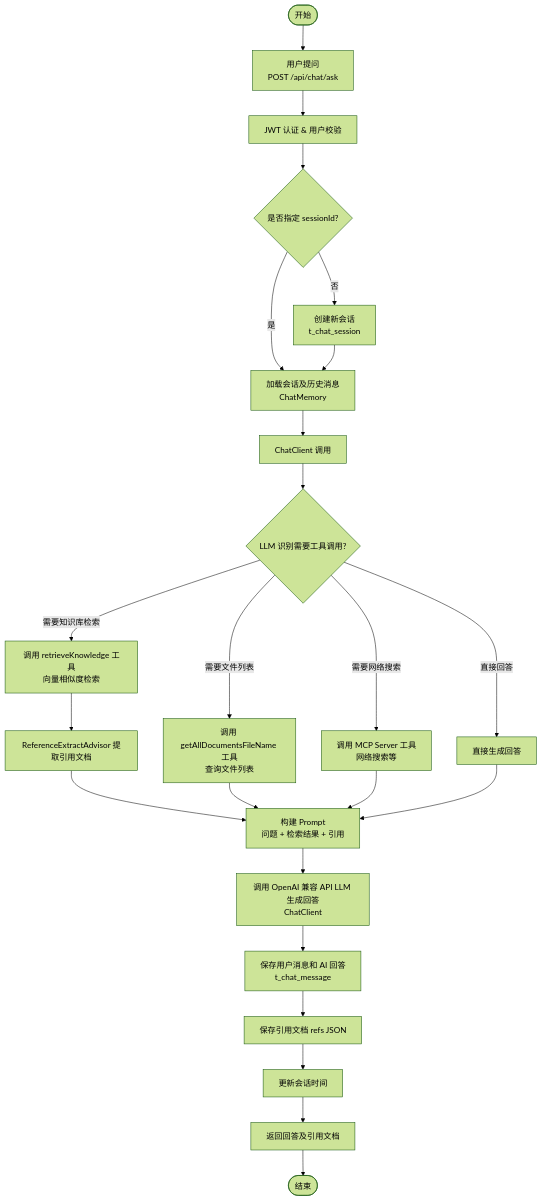
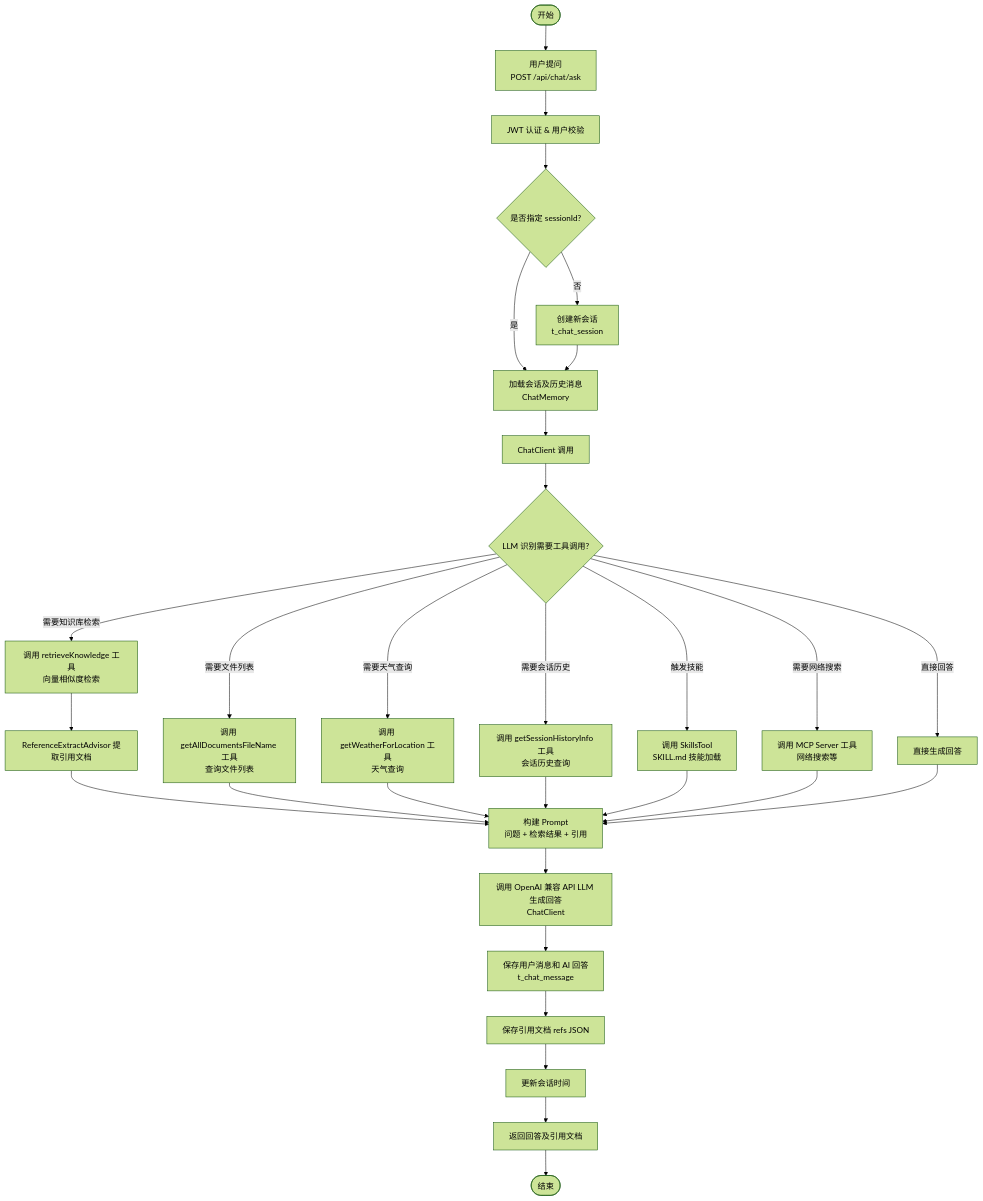
The fourth of 6 diagrams in md/architecture.md (Utomcat/spring-ai-rag-agent), drawn with Mermaid (forest theme) before and after one commit. The commit also changed other lines of this file and 10 other files, not shown here.

````diff
--- a/md/architecture.md
+++ b/md/architecture.md
@@ -286,26 +296,32 @@
 ```mermaid
 flowchart TD
     Start([开始]) --> Ask[用户提问<br/>POST /api/chat/ask]
     Ask --> Auth[JWT 认证 & 用户校验]
     Auth --> GetSession{是否指定 sessionId?}
     GetSession -->|是| LoadSession[加载会话及历史消息<br/>ChatMemory]
     GetSession -->|否| CreateSession[创建新会话<br/>t_chat_session]
     CreateSession --> LoadSession
     LoadSession --> ChatClientCall[ChatClient 调用]
     ChatClientCall --> ToolDetect{LLM 识别需要工具调用?}
     ToolDetect -->|需要知识库检索| CallRetrieval[调用 retrieveKnowledge 工具<br/>向量相似度检索]
     ToolDetect -->|需要文件列表| CallDocList[调用 getAllDocumentsFileName 工具<br/>查询文件列表]
+    ToolDetect -->|需要天气查询| CallWeather[调用 getWeatherForLocation 工具<br/>天气查询]
+    ToolDetect -->|需要会话历史| CallSessionHistory[调用 getSessionHistoryInfo 工具<br/>会话历史查询]
+    ToolDetect -->|触发技能| CallSkills[调用 SkillsTool<br/>SKILL.md 技能加载]
     ToolDetect -->|需要网络搜索| CallMcp[调用 MCP Server 工具<br/>网络搜索等]
     ToolDetect -->|直接回答| DirectAnswer[直接生成回答]
     CallRetrieval --> ExtractRefs[ReferenceExtractAdvisor 提取引用文档]
     ExtractRefs --> BuildPrompt[构建 Prompt<br/>问题 + 检索结果 + 引用]
     CallDocList --> BuildPrompt
+    CallWeather --> BuildPrompt
+    CallSessionHistory --> BuildPrompt
+    CallSkills --> BuildPrompt
     CallMcp --> BuildPrompt
     DirectAnswer --> BuildPrompt
     BuildPrompt --> CallLLM[调用 OpenAI 兼容 API LLM 生成回答<br/>ChatClient]
     CallLLM --> SaveMsg[保存用户消息和 AI 回答<br/>t_chat_message]
     SaveMsg --> SaveRefs[保存引用文档 refs JSON]
     SaveRefs --> UpdateSession[更新会话时间]
     UpdateSession --> Return[返回回答及引用文档]
     Return --> End([结束])
 ```
````
